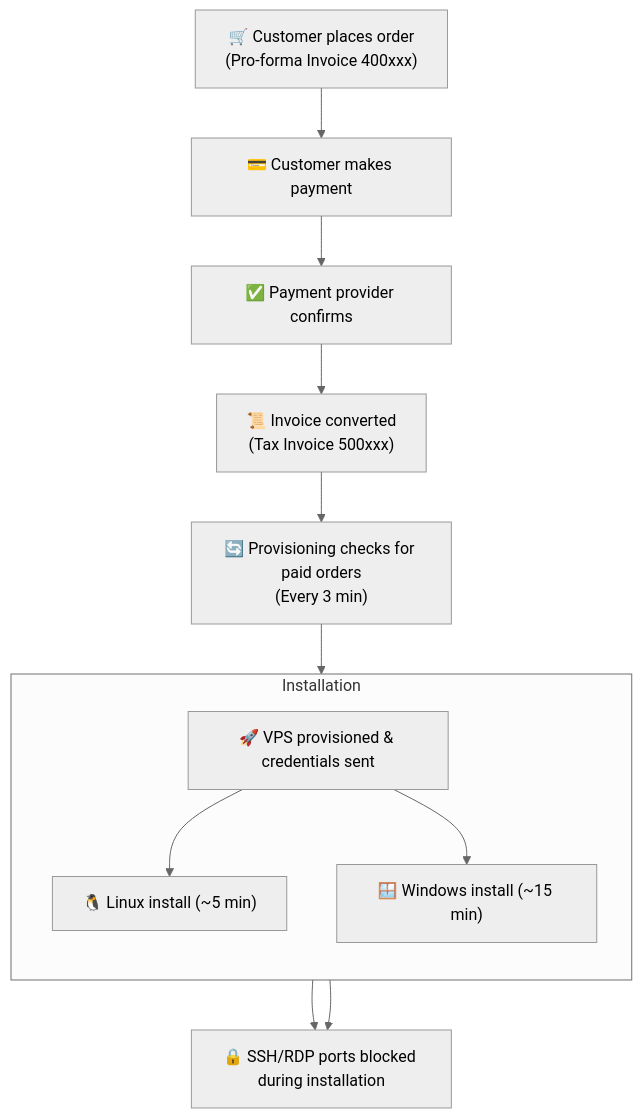
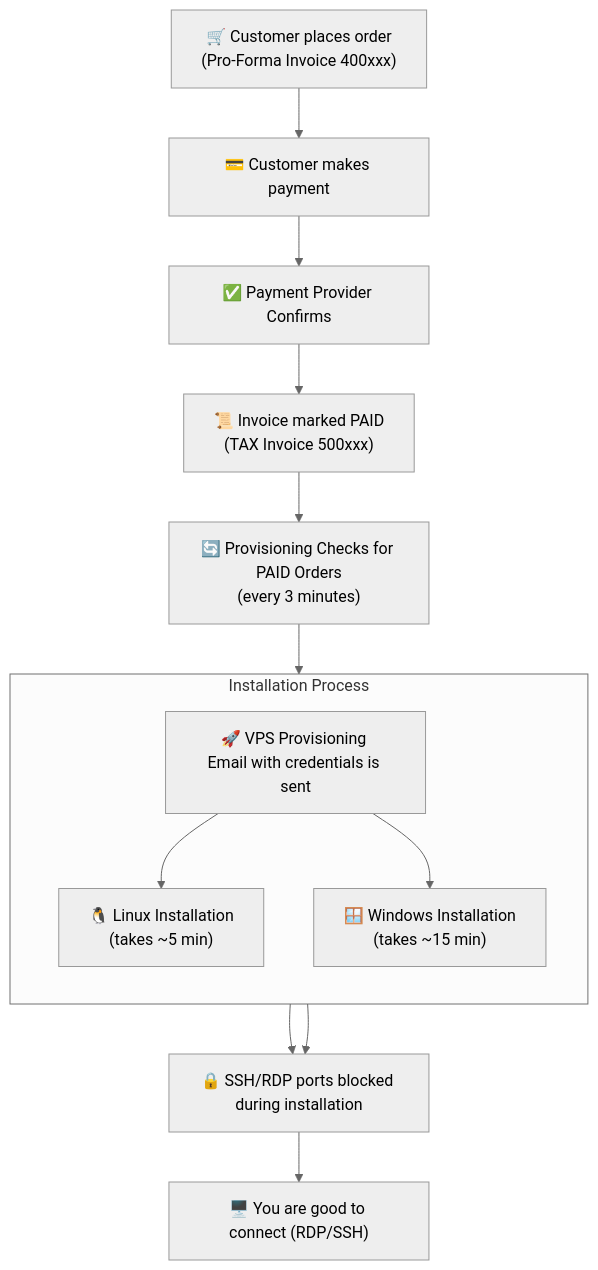
Before and after one commit to gExPl0ReR/docs: the diagram in faq/billing-lifecycle/how-fast-instant-delivery.mdx, drawn with Mermaid (neutral theme). The commit also changed other lines of this file, not shown here.

Commit message:
adjusting billing flowchart

````diff
--- a/faq/billing-lifecycle/how-fast-instant-delivery.mdx
+++ b/faq/billing-lifecycle/how-fast-instant-delivery.mdx
@@ -22,16 +28,17 @@
 ```mermaid
 flowchart TD
-    A["🛒 Customer places order<br>(Pro-forma Invoice 400xxx)"] --> B["💳 Customer makes payment"]
-    B --> C["✅ Payment provider confirms"]
-    C --> D["📜 Invoice converted<br>(Tax Invoice 500xxx)"]
-    D --> E["🔄 Provisioning checks for paid orders<br>(Every 3 min)"]
-    E --> F["🚀 VPS provisioned & credentials sent"]
+    A["🛒 Customer places order<br>(Pro-Forma Invoice 400xxx)"] --> B["💳 Customer makes payment"]
+    B --> C["✅ Payment Provider Confirms"]
+    C --> D["📜 Invoice marked PAID<br>(TAX Invoice 500xxx)"]
+    D --> E["🔄 Provisioning Checks for PAID Orders<br>(every 3 minutes)"]
+    E --> F["🚀 VPS Provisioning <br>Email with credentials is sent"]
 
-    subgraph "🖥️ Installation Process" [Installation]
+    subgraph "🖥️ Installation Process" [Installation Process]
         direction TB
-        F --> G["🐧 Linux install (~5 min)"]
-        F --> H["🪟 Windows install (~15 min)"]
+        F --> G["🐧 Linux Installation <br>(takes ~5 min)"]
+        F --> H["🪟 Windows Installation <br> (takes ~15 min)"]
     end
 
     G & H --> I["🔒 SSH/RDP ports blocked during installation"]
+    I --> J["🖥️ You are good to connect (RDP/SSH)"]
 ```
````
